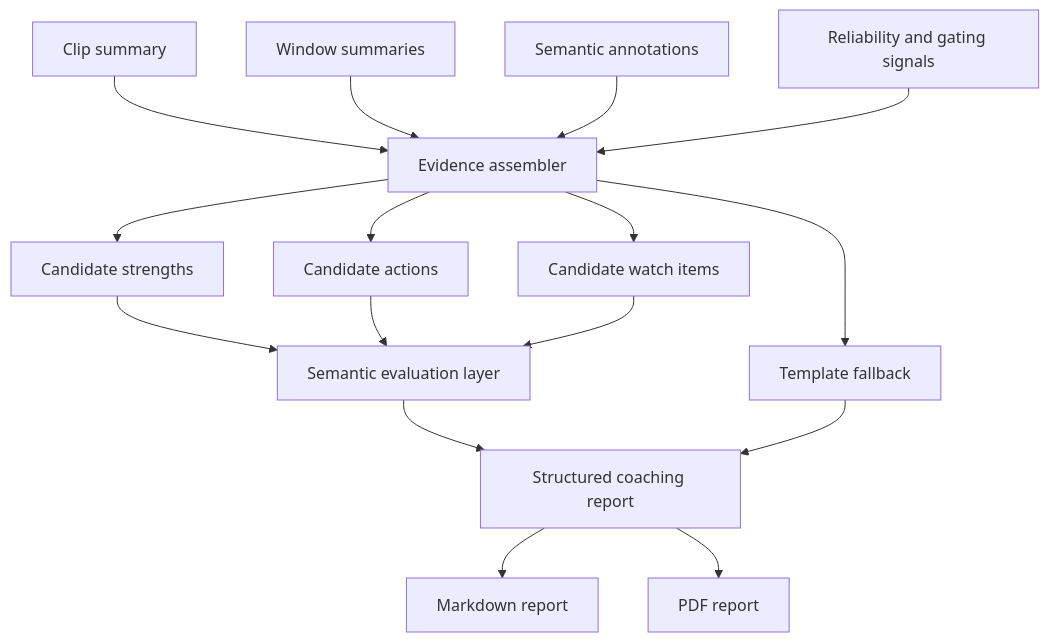
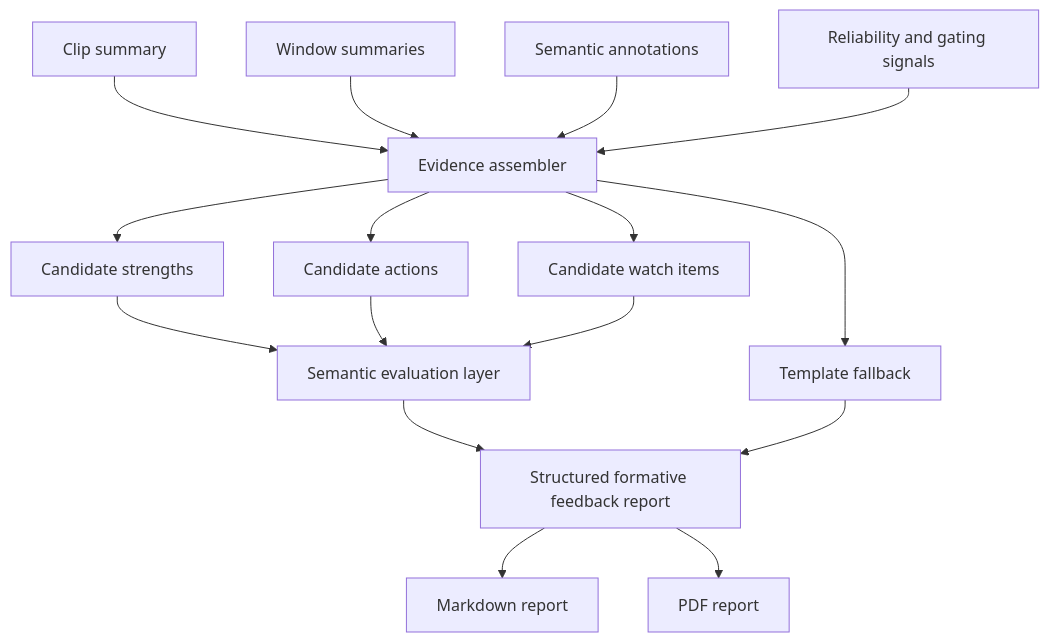
Before and after one commit to kv-248/TeacherEvaluation: the eighth of 9 diagrams in docs/thesis_research_report.md, drawn with Mermaid. The commit also changed other lines of this file and 8 other files, not shown here.

````diff
--- a/docs/thesis_research_report.md
+++ b/docs/thesis_research_report.md
@@ -323,18 +400,18 @@
 ```mermaid
 flowchart TD
     A[Clip summary] --> E[Evidence assembler]
     B[Window summaries] --> E
     C[Semantic annotations] --> E
     D[Reliability and gating signals] --> E
     E --> F[Candidate strengths]
     E --> G[Candidate actions]
     E --> H[Candidate watch items]
     F --> I[Semantic evaluation layer]
     G --> I
     H --> I
-    I --> J[Structured coaching report]
+    I --> J[Structured formative feedback report]
     J --> K[Markdown report]
     J --> L[PDF report]
     E --> M[Template fallback]
     M --> J
 ```
````
